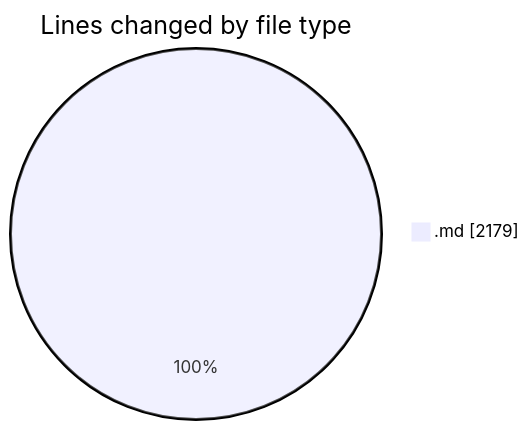
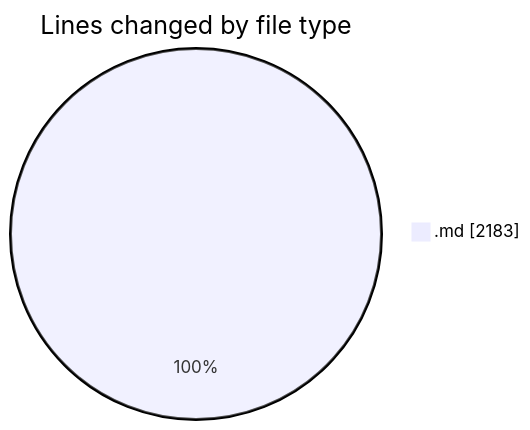
The first of 2 diagrams in 2025-07-09/urlwebwala_intership_work/README.md (Ritupan-Deka/code-tracking), drawn with Mermaid before and after one commit. The commit also changed other lines of this file and 1 other file, not shown here.

````diff
--- a/2025-07-09/urlwebwala_intership_work/README.md
+++ b/2025-07-09/urlwebwala_intership_work/README.md
@@ -20,5 +20,5 @@
 ```mermaid
 pie showData
 title Lines changed by file type
-".md" : 2179
+".md" : 2183
 ```
````
